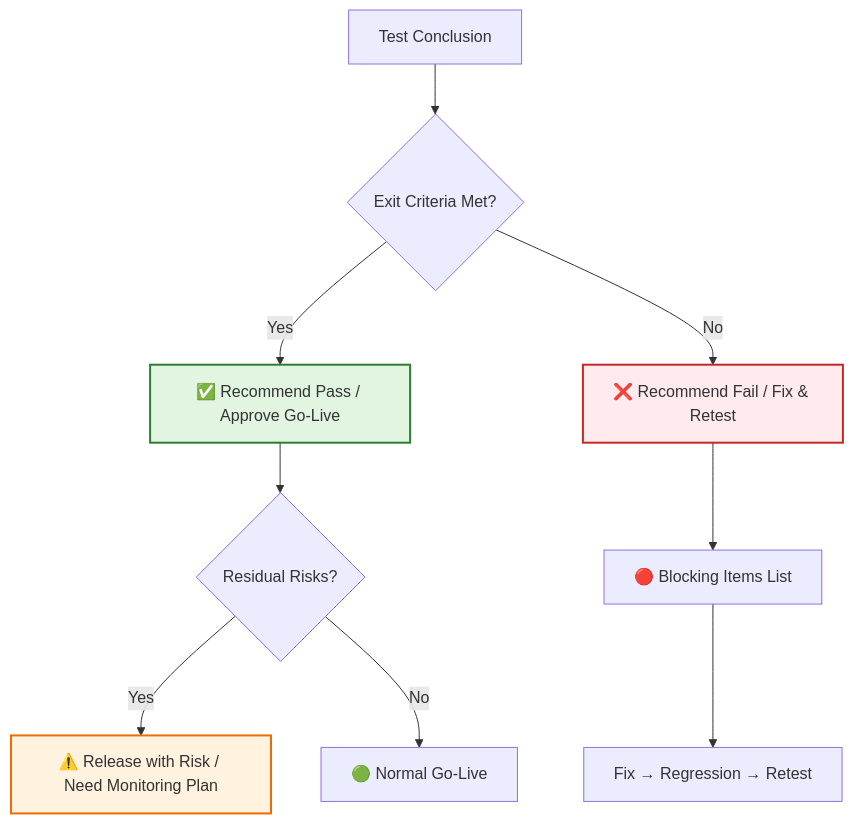
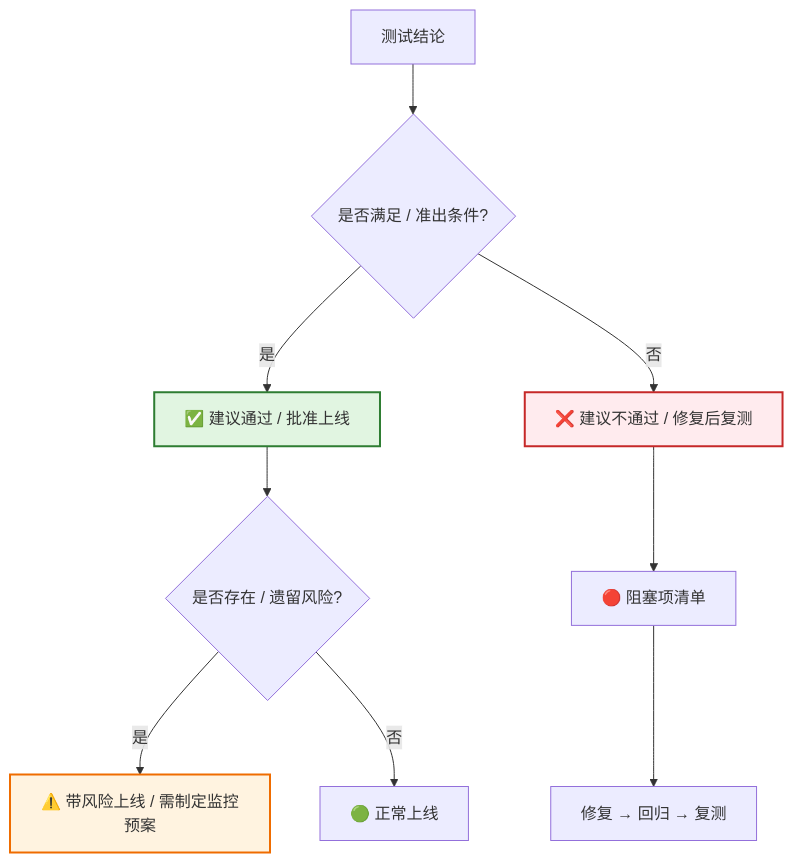
Before and after one commit to Kirky-X/cangjie: the fourth of 4 diagrams in templates/Product/Delivery/Template-Test-Report.md, drawn with Mermaid. The commit also changed other lines of this file and 33 other files, not shown here.

````diff
--- a/templates/Product/Delivery/Template-Test-Report.md
+++ b/templates/Product/Delivery/Template-Test-Report.md
@@ -466,17 +467,17 @@
 ```mermaid
 flowchart TD
-    A[Test Conclusion] --> B{Exit Criteria Met?}
-    B -->|Yes| C[✅ Recommend Pass / Approve Go-Live]
-    B -->|No| D[❌ Recommend Fail / Fix & Retest]
+    A[测试结论] --> B{是否满足 / 准出条件?}
+    B -->|是| C[✅ 建议通过 / 批准上线]
+    B -->|否| D[❌ 建议不通过 / 修复后复测]
 
-    C --> E{Residual Risks?}
-    E -->|Yes| F[⚠️ Release with Risk / Need Monitoring Plan]
-    E -->|No| G[🟢 Normal Go-Live]
+    C --> E{是否存在 / 遗留风险?}
+    E -->|是| F[⚠️ 带风险上线 / 需制定监控预案]
+    E -->|否| G[🟢 正常上线]
 
-    D --> H[🔴 Blocking Items List]
-    H --> I[Fix → Regression → Retest]
+    D --> H[🔴 阻塞项清单]
+    H --> I[修复 → 回归 → 复测]
 
     style C fill:#e1f5e1,stroke:#2e7d32,stroke-width:2px
     style D fill:#ffebee,stroke:#c62828,stroke-width:2px
     style F fill:#fff3e0,stroke:#ef6c00,stroke-width:2px
 ```
````
